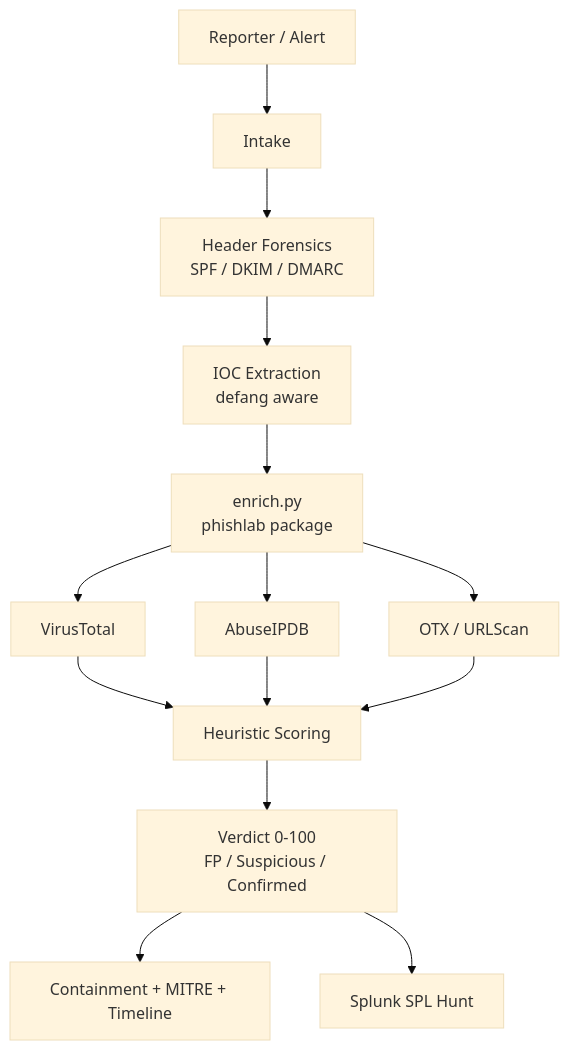
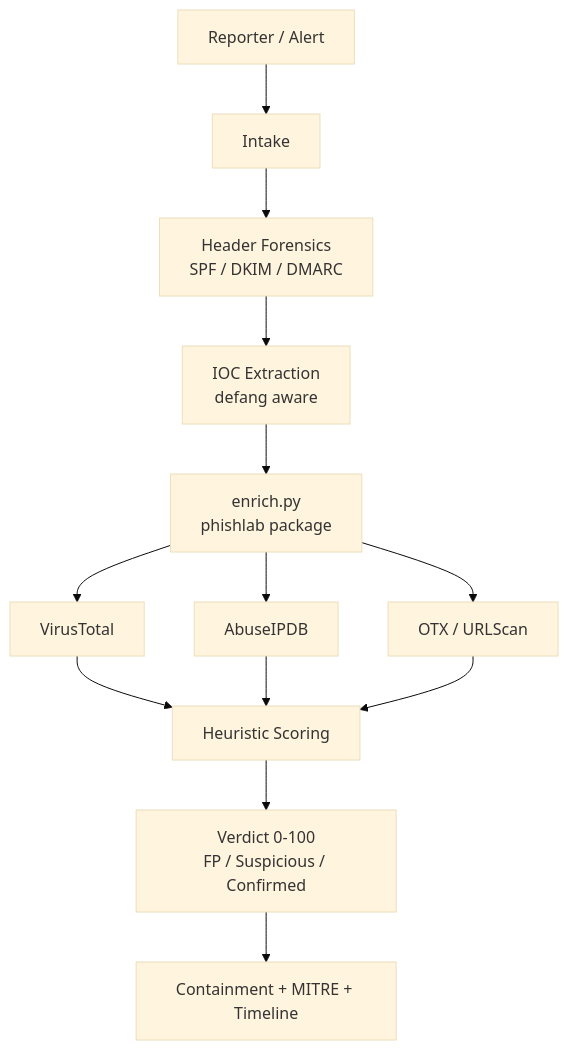
Before and after one commit to Revprm/phishing-triage-lab: the diagram in README.md, drawn with Mermaid (base theme). The commit also changed other lines of this file and 11 other files, not shown here.

````diff
--- a/README.md
+++ b/README.md
@@ -17,16 +16,15 @@
 ```mermaid
 flowchart TD
     A[Reporter / Alert] --> B[Intake]
     B --> C[Header Forensics<br/>SPF / DKIM / DMARC]
     C --> D[IOC Extraction<br/>defang aware]
     D --> E[enrich.py<br/>phishlab package]
     E --> F[VirusTotal]
     E --> G[AbuseIPDB]
     E --> H[OTX / URLScan]
     F --> I[Heuristic Scoring]
     G --> I
     H --> I
     I --> J[Verdict 0-100<br/>FP / Suspicious / Confirmed]
     J --> K[Containment + MITRE + Timeline]
-    J --> L[Splunk SPL Hunt]
 ```
````
